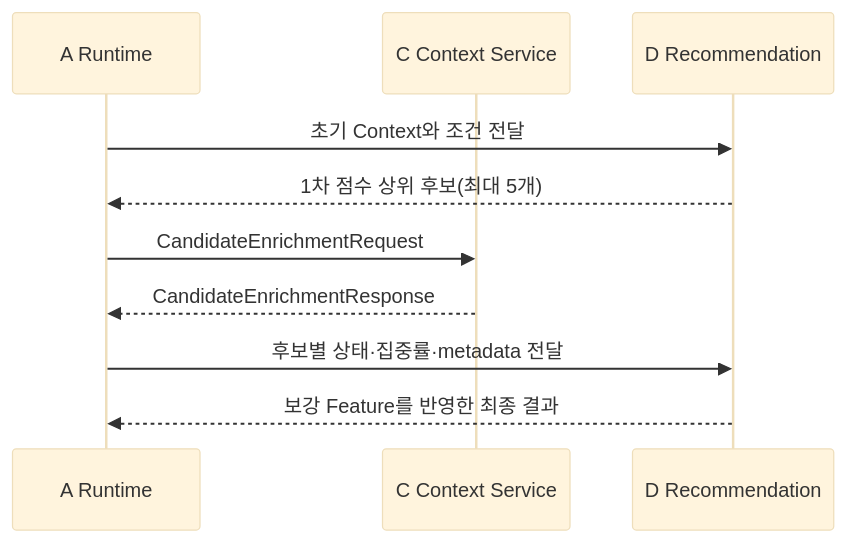
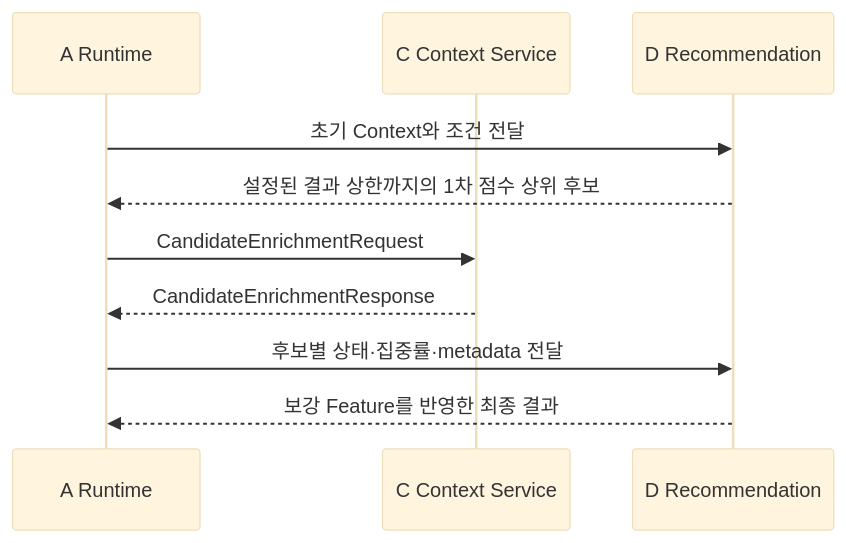
Before and after one commit to genai-TeamROOT/tripbranch: the diagram in docs/design/a-c-context-contract-draft.md, drawn with Mermaid (base theme). The commit also changed other lines of this file and 24 other files, not shown here.

````diff
--- a/docs/design/a-c-context-contract-draft.md
+++ b/docs/design/a-c-context-contract-draft.md
@@ -406,13 +408,13 @@
 ```mermaid
 sequenceDiagram
     participant A as A Runtime
     participant C as C Context Service
     participant D as D Recommendation
 
     A->>D: 초기 Context와 조건 전달
-    D-->>A: 1차 점수 상위 후보(최대 5개)
+    D-->>A: 설정된 결과 상한까지의 1차 점수 상위 후보
     A->>C: CandidateEnrichmentRequest
     C-->>A: CandidateEnrichmentResponse
     A->>D: 후보별 상태·집중률·metadata 전달
     D-->>A: 보강 Feature를 반영한 최종 결과
 ```
````
